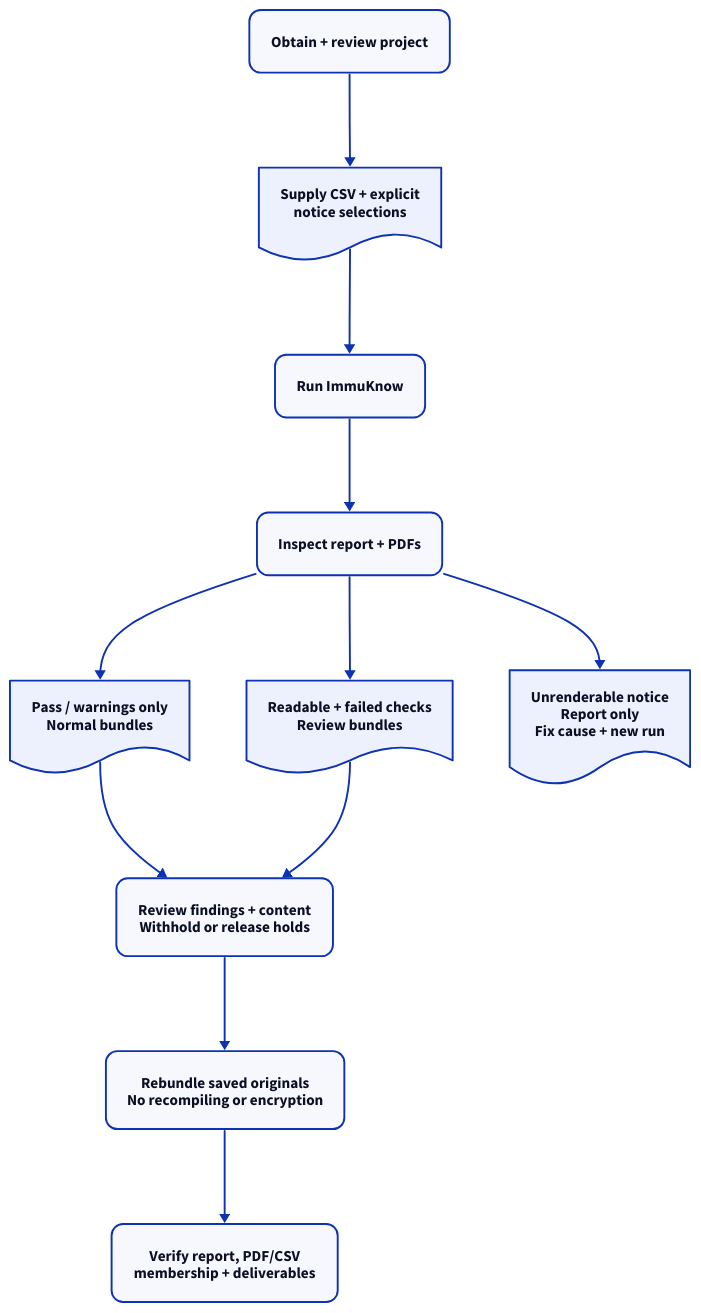
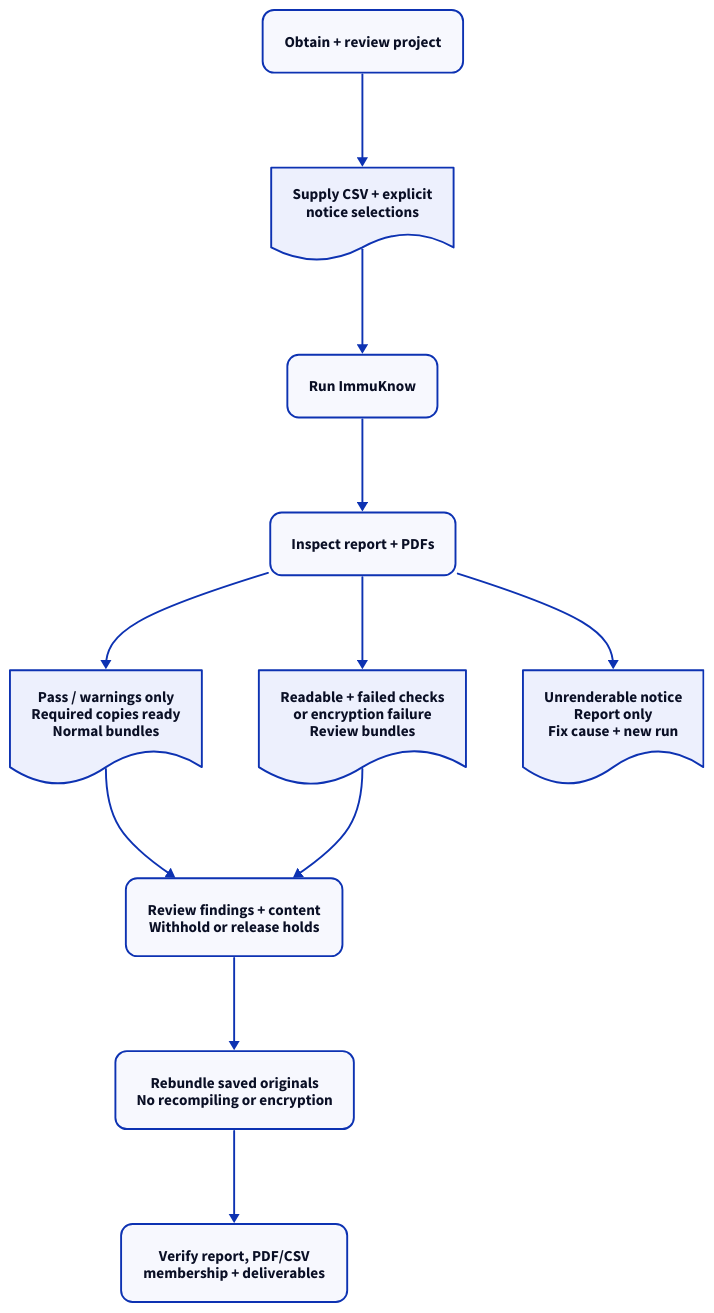
Before and after one commit to WDGPH/ImmuKnow: the diagram in docs/diagrams/operator-journey.d2, drawn with D2. The commit also changed 3 other files, not shown here.

Commit message:
Explain factual handoff and encryption failure routing

```diff
--- a/docs/diagrams/operator-journey.d2
+++ b/docs/diagrams/operator-journey.d2
@@ -1,24 +1,24 @@
 direction: down
 classes: {
   action: {style.border-radius: 12}
   files: {shape: document}
 }
 project: Obtain + review project {class: action}
 input: Supply CSV + explicit\nnotice selections {class: files}
 run: Run ImmuKnow {class: action}
 project -> input -> run
 report: Inspect report + PDFs {class: action}
 run -> report
-eligible: Pass / warnings only\nNormal bundles {class: files}
-review: Readable + failed checks\nReview bundles {class: files}
+eligible: Pass / warnings only\nRequired copies ready\nNormal bundles {class: files}
+review: Readable + failed checks\nor encryption failure\nReview bundles {class: files}
 missing: Unrenderable notice\nReport only\nFix cause + new run {class: files}
 report -> eligible
 report -> review
 report -> missing
 human: Review findings + content\nWithhold or release holds {class: action}
 eligible -> human
 review -> human
 rebundle: Rebundle saved originals\nNo recompiling or encryption {class: action}
 human -> rebundle
 verify: Verify report, PDF/CSV\nmembership + deliverables {class: action}
 rebundle -> verify
```
